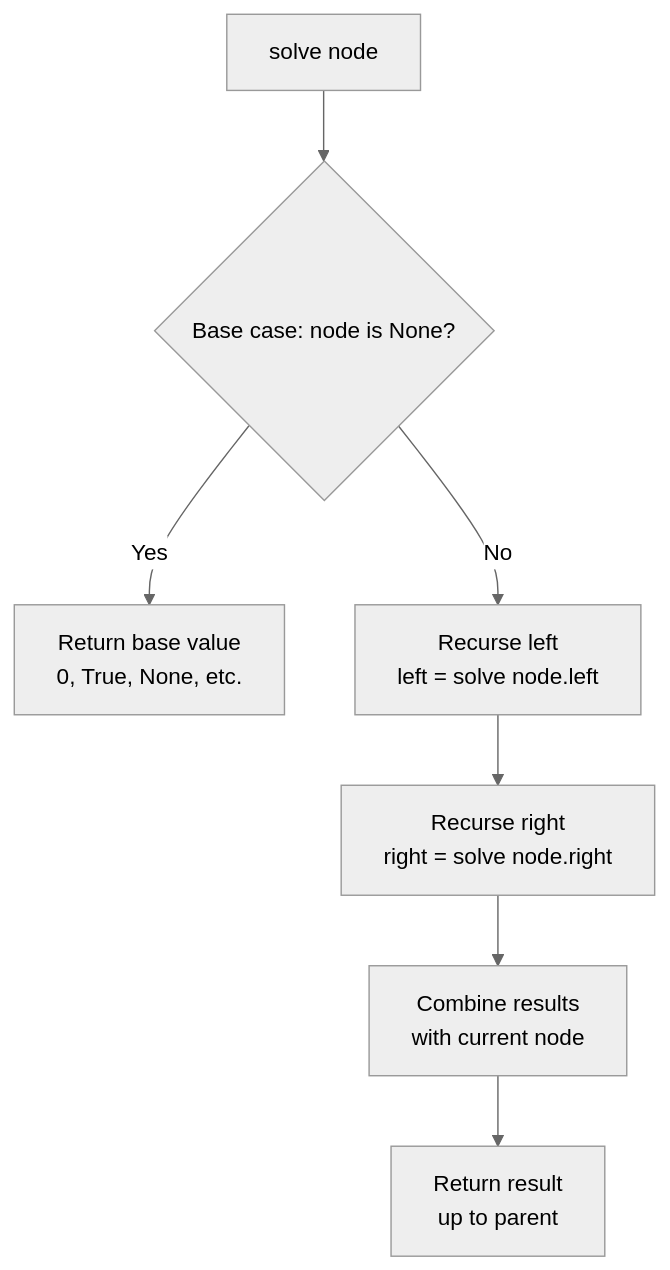
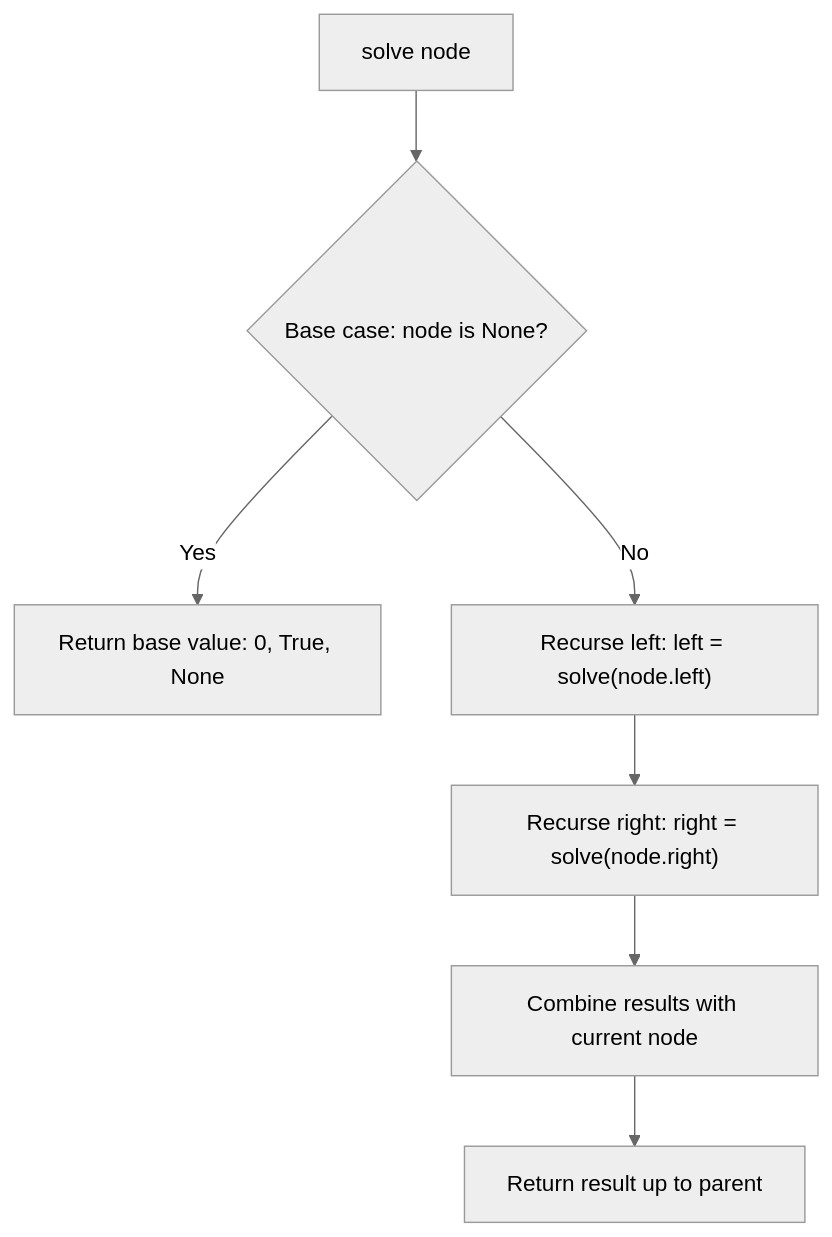
One commit to deepanshu-rawat6/AlgoAtlas changed the fifth of 6 diagrams in trees/README.md. Above: the diagram before and after it, drawn with Mermaid (neutral theme). The commit also changed other lines of this file and 13 other files, not shown here.

````diff
--- a/trees/README.md
+++ b/trees/README.md
@@ -170,9 +170,9 @@
 ```mermaid
 flowchart TD
     A[solve node] --> B{"Base case: node is None?"}
-    B -- Yes --> C[Return base value<br>0, True, None, etc.]
-    B -- No --> D[Recurse left<br>left = solve node.left]
-    D --> E[Recurse right<br>right = solve node.right]
-    E --> F[Combine results<br>with current node]
-    F --> G[Return result<br>up to parent]
+    B -- Yes --> C["Return base value: 0, True, None"]
+    B -- No --> D["Recurse left: left = solve(node.left)"]
+    D --> E["Recurse right: right = solve(node.right)"]
+    E --> F["Combine results with current node"]
+    F --> G["Return result up to parent"]
 ```
````
